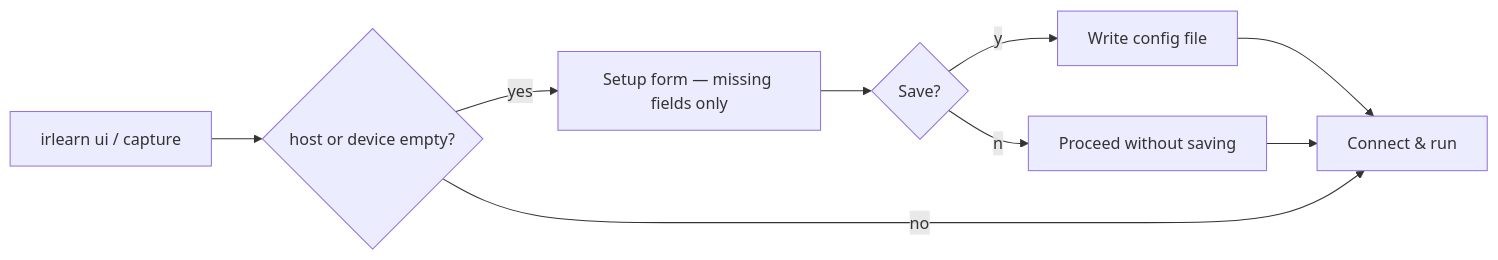
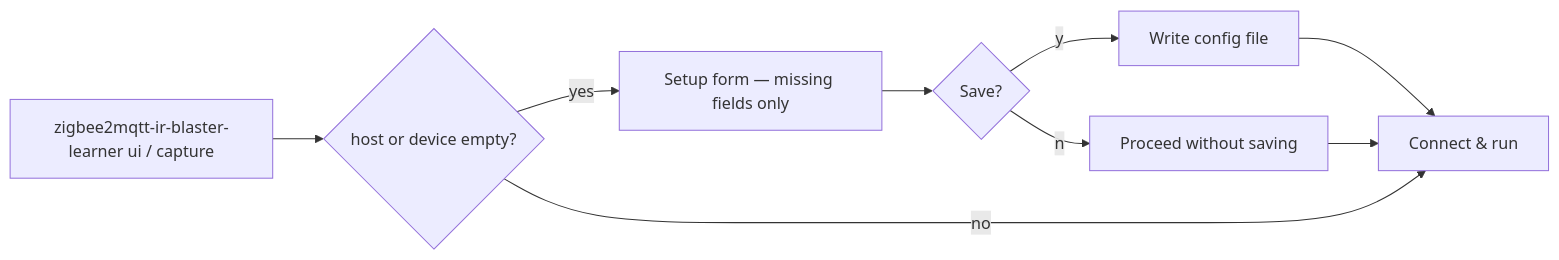
The diagram in docs/FEATURES.md (drradao/zigbee2mqtt-ir-blaster-learner), drawn with Mermaid before and after one commit. The commit also changed other lines of this file and 14 other files, not shown here.

````diff
--- a/docs/FEATURES.md
+++ b/docs/FEATURES.md
@@ -78,11 +78,11 @@
 ```mermaid
 flowchart LR
-    A[irlearn ui / capture] --> B{host or device empty?}
+    A[zigbee2mqtt-ir-blaster-learner ui / capture] --> B{host or device empty?}
     B -- yes --> C[Setup form — missing fields only]
     C --> D{Save?}
     D -- y --> E[Write config file]
     D -- n --> F[Proceed without saving]
     E --> G[Connect & run]
     F --> G
     B -- no --> G
 ```
````
